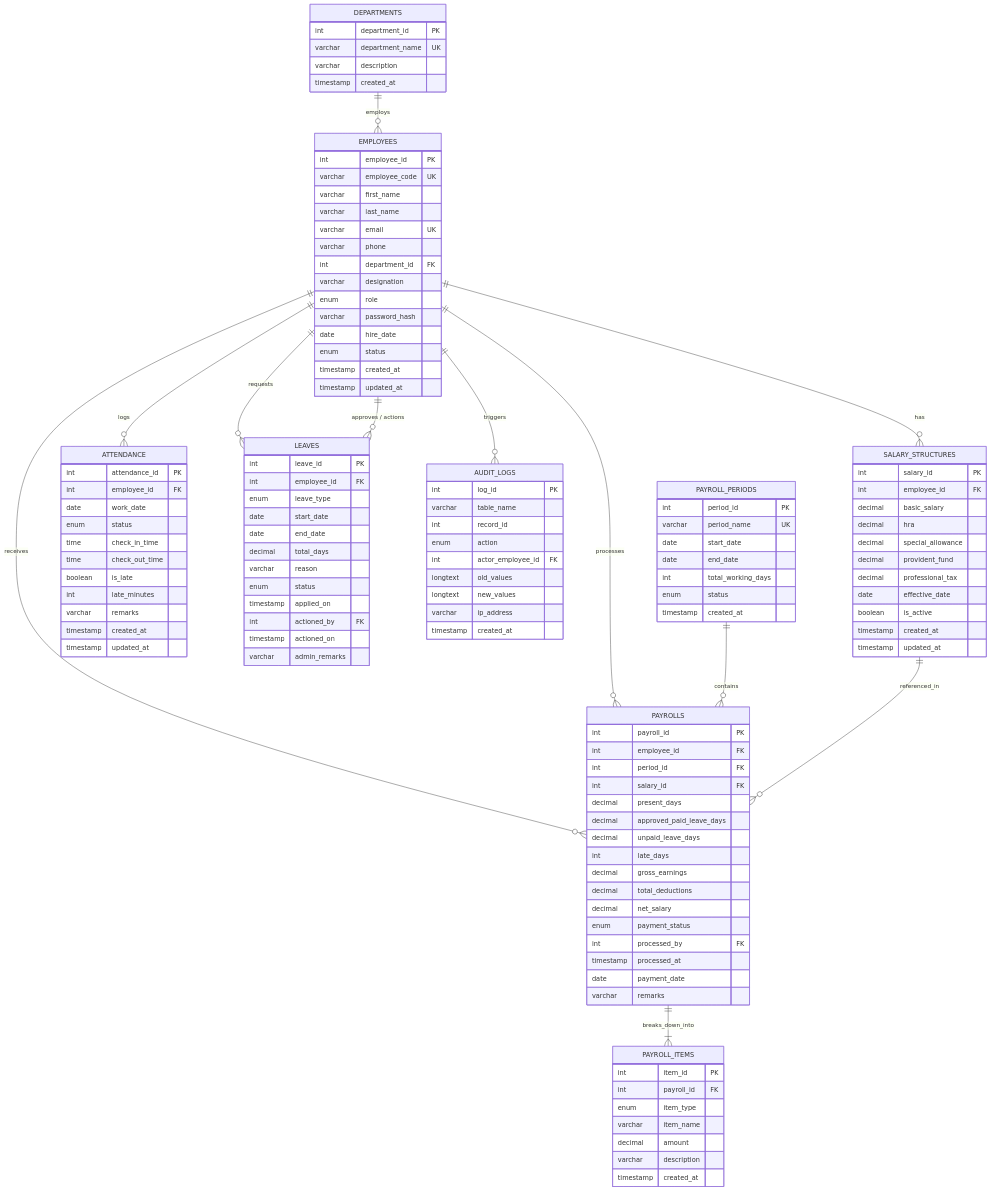
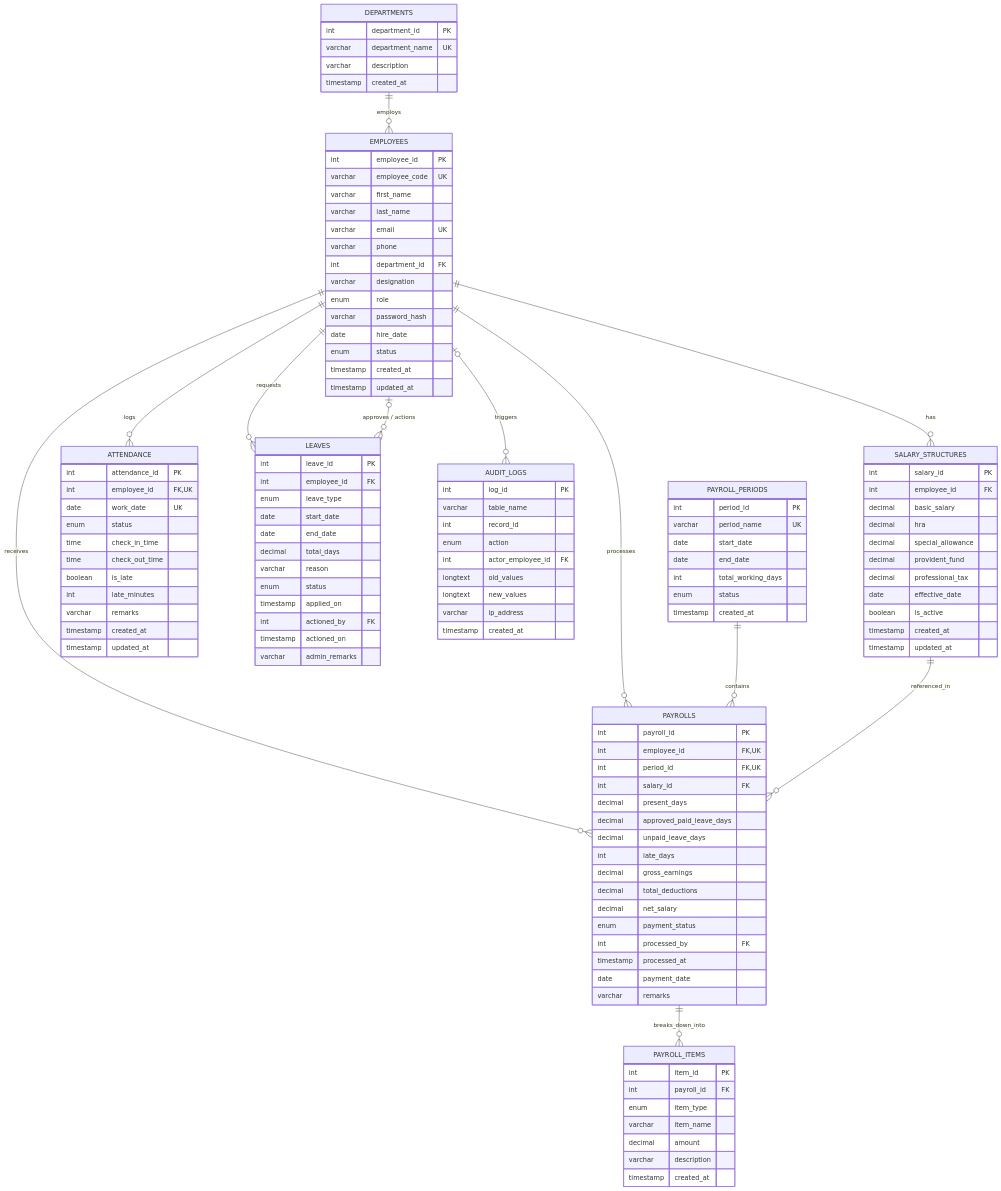
One commit to PulkitPradhan/PayTrace changed the diagram in docs/phase-1/er-diagram.md. Above: the diagram before and after it, drawn with Mermaid. The commit also changed other lines of this file and 47 other files, not shown here.

```diff
--- a/docs/phase-1/er-diagram.md
+++ b/docs/phase-1/er-diagram.md
@@ -23,13 +23,13 @@
     EMPLOYEES ||--o{ SALARY_STRUCTURES : "has"
     EMPLOYEES ||--o{ ATTENDANCE : "logs"
     EMPLOYEES ||--o{ LEAVES : "requests"
-    EMPLOYEES ||--o{ LEAVES : "approves / actions"
+    EMPLOYEES |o--o{ LEAVES : "approves / actions"
     EMPLOYEES ||--o{ PAYROLLS : "receives"
     EMPLOYEES ||--o{ PAYROLLS : "processes"
-    EMPLOYEES ||--o{ AUDIT_LOGS : "triggers"
+    EMPLOYEES |o--o{ AUDIT_LOGS : "triggers"
     PAYROLL_PERIODS ||--o{ PAYROLLS : "contains"
     SALARY_STRUCTURES ||--o{ PAYROLLS : "referenced_in"
-    PAYROLLS ||--|{ PAYROLL_ITEMS : "breaks_down_into"
+    PAYROLLS ||--o{ PAYROLL_ITEMS : "breaks_down_into"
 
     DEPARTMENTS {
         int department_id PK
@@ -71,8 +71,8 @@
 
     ATTENDANCE {
         int attendance_id PK
-        int employee_id FK
-        date work_date
+        int employee_id FK,UK
+        date work_date UK
         enum status
         time check_in_time
         time check_out_time
@@ -110,8 +110,8 @@
 
     PAYROLLS {
         int payroll_id PK
-        int employee_id FK
-        int period_id FK
+        int employee_id FK,UK
+        int period_id FK,UK
         int salary_id FK
         decimal present_days
         decimal approved_paid_leave_days
```
